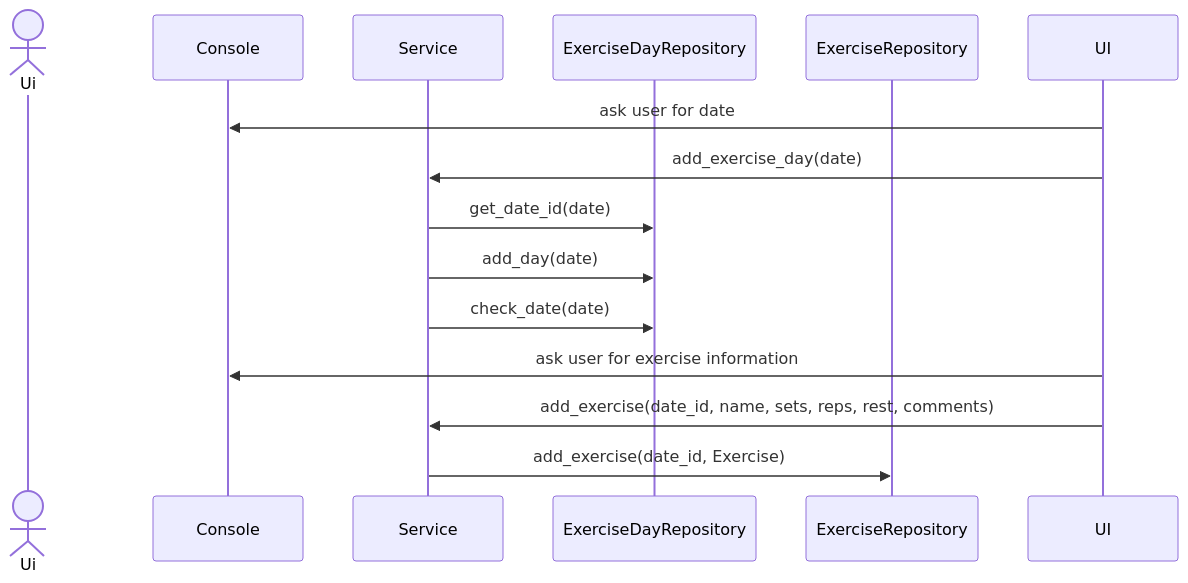
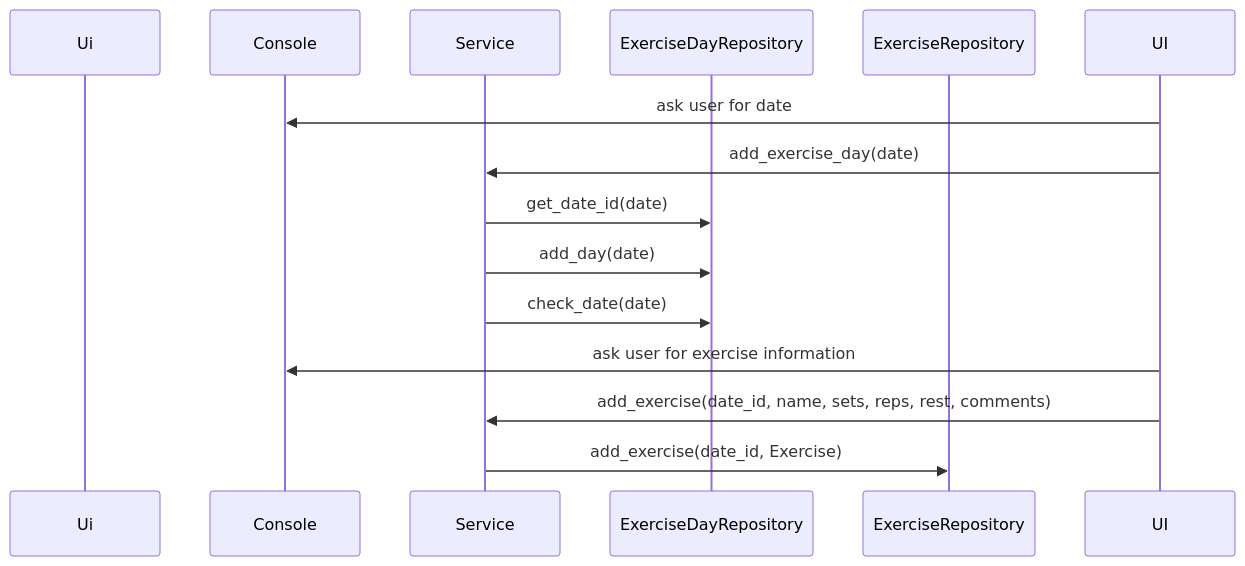
Before and after one commit to JoJoensuu/ot-harjoitustyo: the third of 3 diagrams in python-strenght-training-app/Dokumentaatio/arkkitehtuuri.md, drawn with Mermaid. The commit also changed other lines of this file, not shown here.

````diff
--- a/python-strenght-training-app/Dokumentaatio/arkkitehtuuri.md
+++ b/python-strenght-training-app/Dokumentaatio/arkkitehtuuri.md
@@ -75,16 +75,16 @@
 ```mermaid
 sequenceDiagram
-  actor Ui
+  participant Ui
   participant Console
   participant Service
   participant ExerciseDayRepository
   participant ExerciseRepository
   UI->>Console: ask user for date
   UI->>Service: add_exercise_day(date)
   Service->>ExerciseDayRepository: get_date_id(date)
   Service->>ExerciseDayRepository: add_day(date)
   Service->>ExerciseDayRepository: check_date(date)
   UI->>Console: ask user for exercise information
   UI->>Service: add_exercise(date_id, name, sets, reps, rest, comments)
   Service->>ExerciseRepository: add_exercise(date_id, Exercise)
 ```
````
